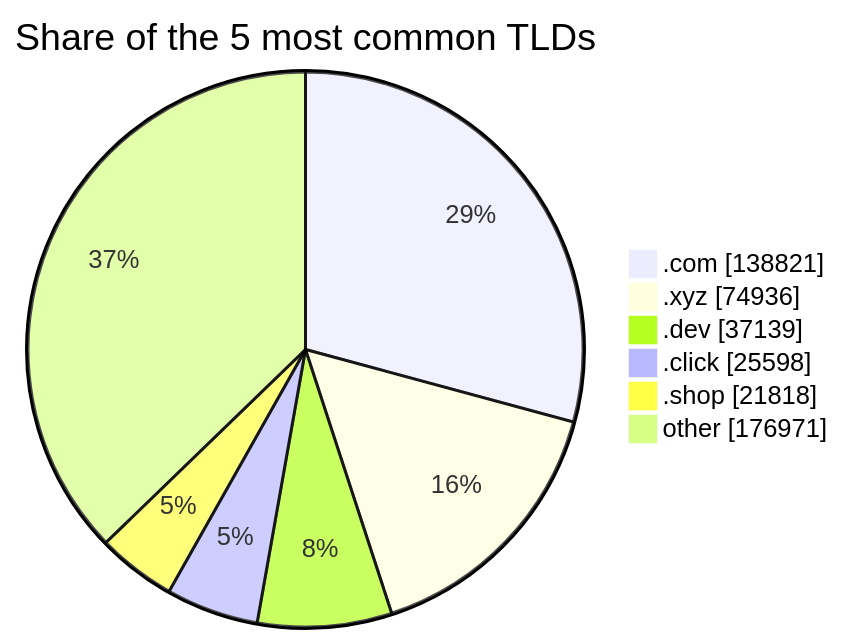
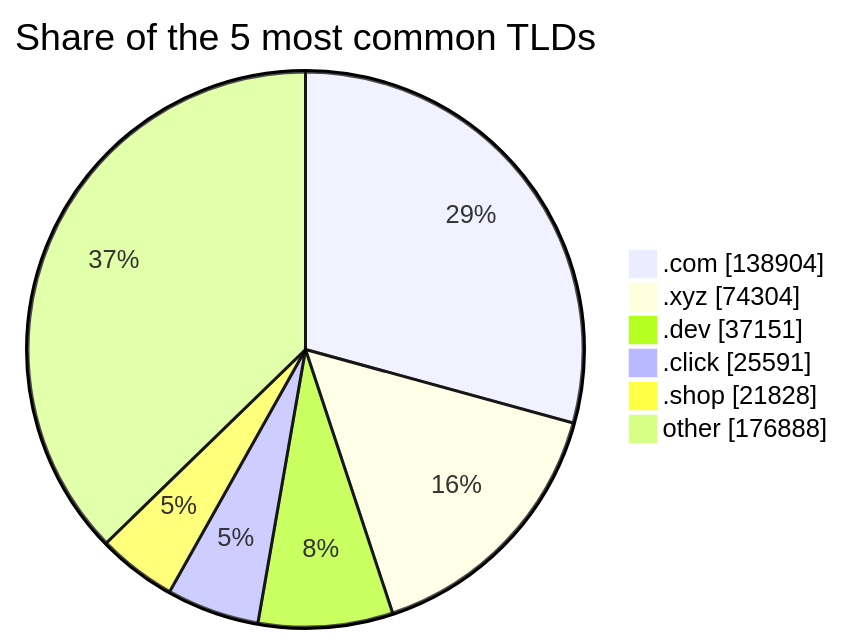
The third of 3 diagrams in README.md (DNSBunker/CTI), drawn with Mermaid before and after one commit. The commit also changed other lines of this file and 3 other files, not shown here.

````diff
--- a/README.md
+++ b/README.md
@@ -81,9 +81,9 @@
 ```mermaid
 pie showData title Share of the 5 most common TLDs
-    ".com" : 138821
-    ".xyz" : 74936
-    ".dev" : 37139
-    ".click" : 25598
-    ".shop" : 21818
-    "other" : 176971
+    ".com" : 138904
+    ".xyz" : 74304
+    ".dev" : 37151
+    ".click" : 25591
+    ".shop" : 21828
+    "other" : 176888
 ```
````
